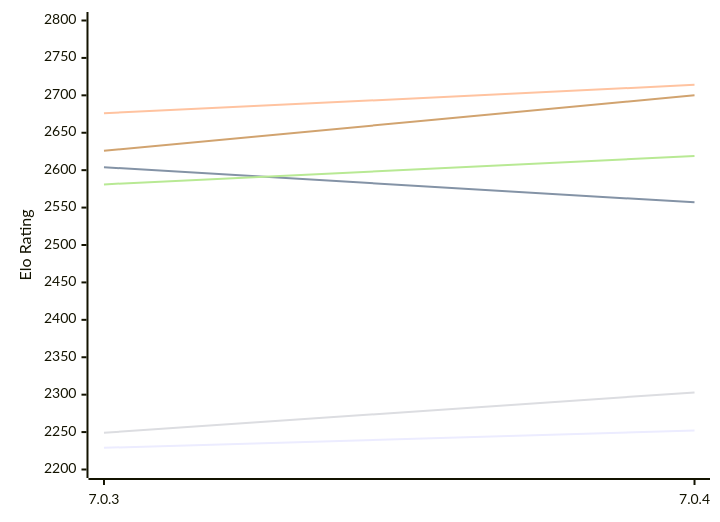
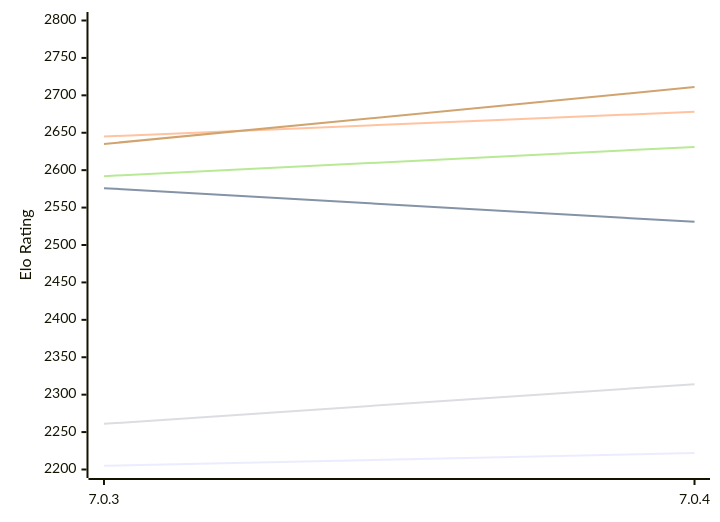
One commit to computer-chess-index/cci changed the diagram in engines/Buster.md. Above: the diagram before and after it, drawn with Mermaid. The commit also changed other lines of this file, not shown here.

Commit message:
Update CCI Ratings (ELO VLTC) - 2026-11-12

````diff
--- a/engines/Buster.md
+++ b/engines/Buster.md
@@ -49,12 +49,12 @@
 ```mermaid
 %%{init: {"theme":"base","themeVariables":{"seriesColors:['#a3a3a3','#222221','#faa371']}}}%%
 xychart-beta
   x-axis ["7.0.3", "7.0.4"]
   y-axis "Elo Rating" 2200 --> 2800
-  line "E1: STC (8.0+0.08s)" [2229, 2252]
-  line "E1: LTC (60.0+0.60s)" [2604, 2557]
-  line "E1: VLTC (2m24s+1.12s)" [2676, 2714]
-  line "P1: STC (8.0+0.08s)" [2249, 2303]
-  line "P1: LTC (60.0+0.60s)" [2581, 2619]
-  line "P1: VLTC (2m24s+1.12s)" [2626, 2700]
+  line "E1: STC (8.0+0.08s)" [2205, 2222]
+  line "E1: LTC (60.0+0.60s)" [2576, 2531]
+  line "E1: VLTC (2m24s+1.12s)" [2645, 2678]
+  line "P1: STC (8.0+0.08s)" [2261, 2314]
+  line "P1: LTC (60.0+0.60s)" [2592, 2631]
+  line "P1: VLTC (2m24s+1.12s)" [2635, 2711]
 ```
````
